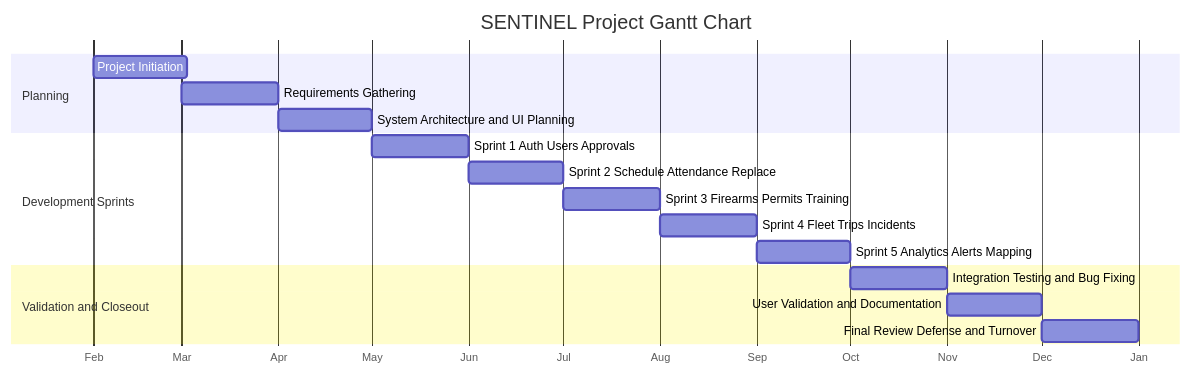
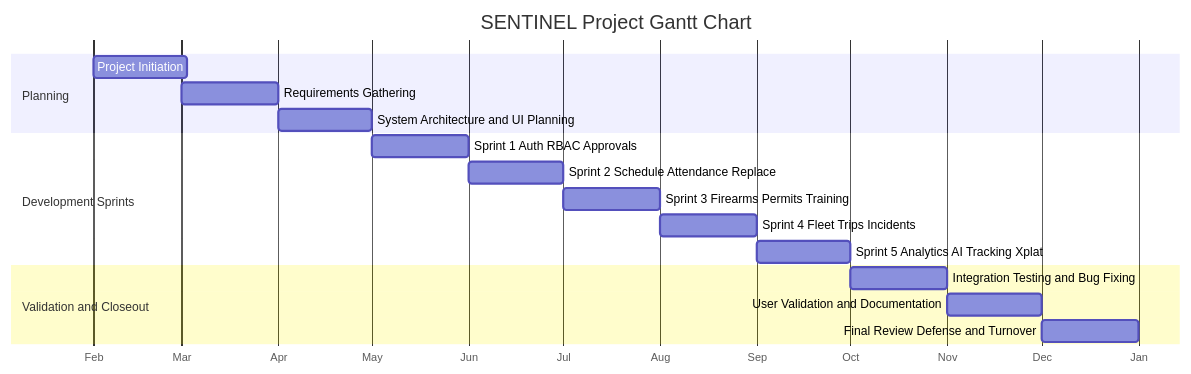
The second of 6 diagrams in SENTINEL - Group 8.md (dwaytu/Capstone-Main), drawn with Mermaid before and after one commit. The commit also changed other lines of this file and 12 other files, not shown here.

````diff
--- a/SENTINEL - Group 8.md
+++ b/SENTINEL - Group 8.md
@@ -1247,23 +1162,23 @@
 ```mermaid
 gantt
 	title SENTINEL Project Gantt Chart
 	dateFormat  YYYY-MM-DD
 	axisFormat  %b
 
 	section Planning
 	Project Initiation                  :a1, 2026-02-01, 30d
 	Requirements Gathering              :a2, 2026-03-01, 31d
 	System Architecture and UI Planning :a3, 2026-04-01, 30d
 
 	section Development Sprints
-	Sprint 1 Auth Users Approvals       :b1, 2026-05-01, 31d
+	Sprint 1 Auth RBAC Approvals         :b1, 2026-05-01, 31d
 	Sprint 2 Schedule Attendance Replace :b2, 2026-06-01, 30d
-	Sprint 3 Firearms Permits Training  :b3, 2026-07-01, 31d
-	Sprint 4 Fleet Trips Incidents      :b4, 2026-08-01, 31d
-	Sprint 5 Analytics Alerts Mapping   :b5, 2026-09-01, 30d
+	Sprint 3 Firearms Permits Training   :b3, 2026-07-01, 31d
+	Sprint 4 Fleet Trips Incidents       :b4, 2026-08-01, 31d
+	Sprint 5 Analytics AI Tracking Xplat :b5, 2026-09-01, 30d
 
 	section Validation and Closeout
 	Integration Testing and Bug Fixing  :c1, 2026-10-01, 31d
 	User Validation and Documentation   :c2, 2026-11-01, 30d
 	Final Review Defense and Turnover   :c3, 2026-12-01, 31d
 ```
````
